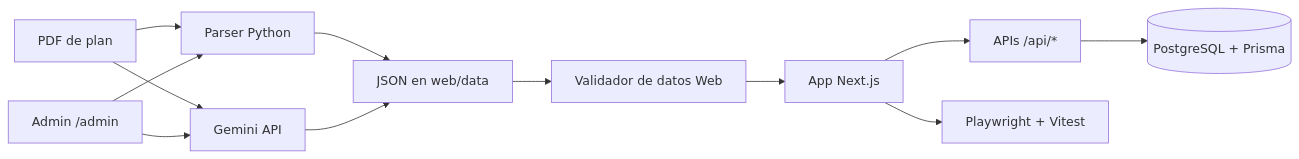
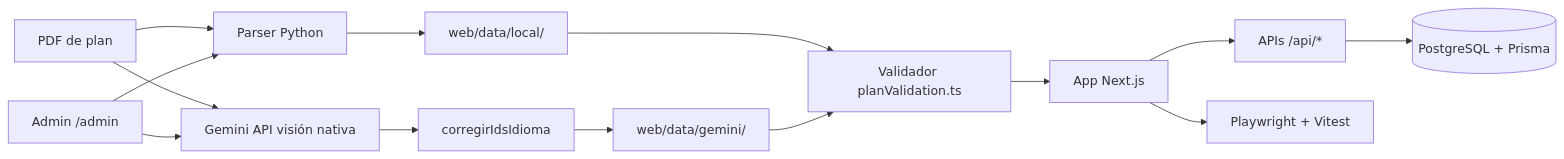
Before and after one commit to candela-ledesma/uns-correlativas-web: the diagram in README.md, drawn with Mermaid. The commit also changed other lines of this file and 1 other file, not shown here.

Commit message:
docs: actualizar README y TODO con estado actual (v30, scores, flujo Gemini, requisito_especial array)

````diff
--- a/README.md
+++ b/README.md
@@ -19,14 +15,16 @@
 ```mermaid
 flowchart LR
   A[PDF de plan] --> B1[Parser Python]
-  A --> B2[Gemini API]
-  B1 --> C[JSON en web/data]
-  B2 --> C
-  C --> D[Validador de datos Web]
+  A --> B2[Gemini API visión nativa]
+  B1 --> C[web/data/local/]
+  B2 --> PP[corregirIdsIdioma]
+  PP --> C2[web/data/gemini/]
+  C --> D[Validador planValidation.ts]
+  C2 --> D
   D --> E[App Next.js]
   E --> F[APIs /api/*]
   F --> G[(PostgreSQL + Prisma)]
   E --> H[Playwright + Vitest]
   I[Admin /admin] --> B1
   I --> B2
 ```
````
